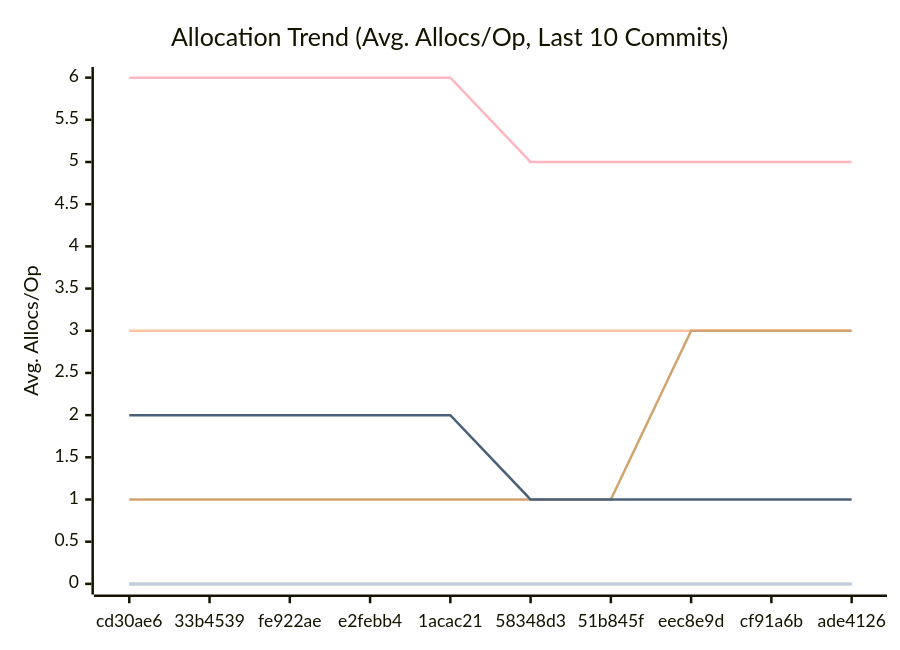
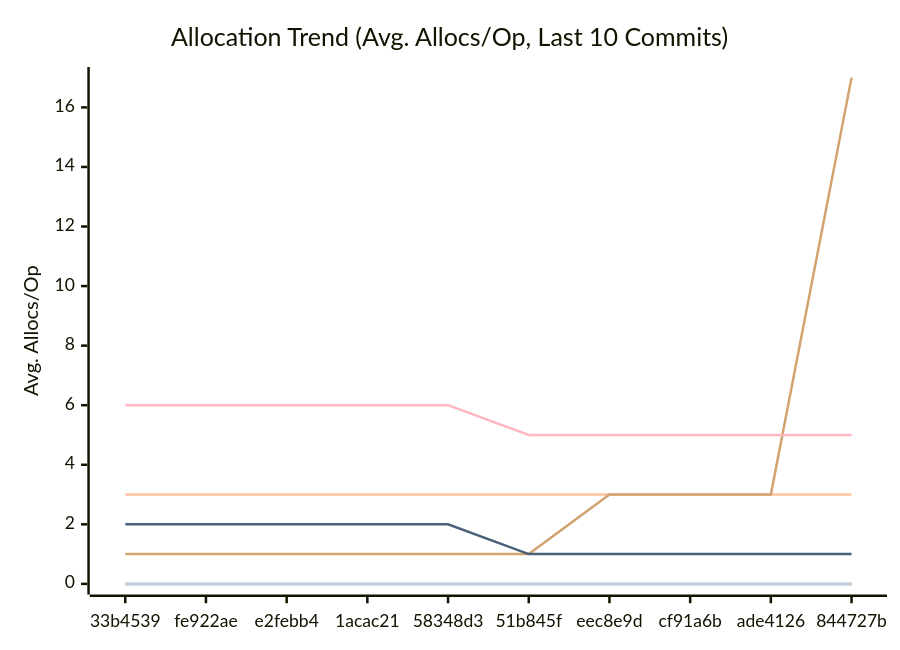
One commit to alsotoes/momo changed the third of 3 diagrams in docs/PERFORMANCE.md. Above: the diagram before and after it, drawn with Mermaid. The commit also changed other lines of this file and 3 other files, not shown here.

````diff
--- a/docs/PERFORMANCE.md
+++ b/docs/PERFORMANCE.md
@@ -114,16 +116,16 @@
 ```mermaid
 xychart-beta
     title "Allocation Trend (Avg. Allocs/Op, Last 10 Commits)"
     x-axis "Commit"
     y-axis "Avg. Allocs/Op"
-    x-axis [cd30ae6,33b4539,fe922ae,e2febb4,1acac21,58348d3,51b845f,eec8e9d,cf91a6b,ade4126]
+    x-axis [33b4539,fe922ae,e2febb4,1acac21,58348d3,51b845f,eec8e9d,cf91a6b,ade4126,844727b]
     line "CheckMetricsAndSwap" [0,0,0,0,0,0,0,0,0,0]
     line "CrushOptimized" [0,0,0,0,0,0,0,0,0,0]
     line "CrushOriginal" [3,3,3,3,3,3,3,3,3,3]
     line "IndexDirectTracking" [0,0,0,0,0,0,0,0,0,0]
     line "IndexSearch" [0,0,0,0,0,0,0,0,0,0]
-    line "LoadGlobalConfig" [1,1,1,1,1,1,1,3,3,3]
+    line "LoadGlobalConfig" [1,1,1,1,1,1,3,3,3,17]
     line "PadString" [0,0,0,0,0,0,0,0,0,0]
     line "ParseReplicationOrder_NoPrealloc" [6,6,6,6,6,5,5,5,5,5]
     line "ParseReplicationOrder_Prealloc" [2,2,2,2,2,1,1,1,1,1]
 ```
````
